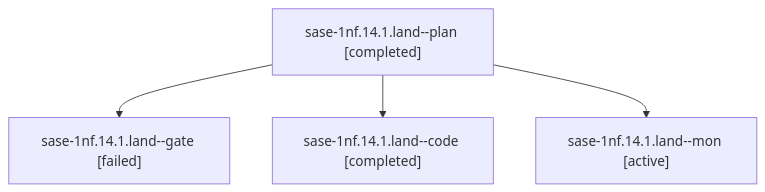
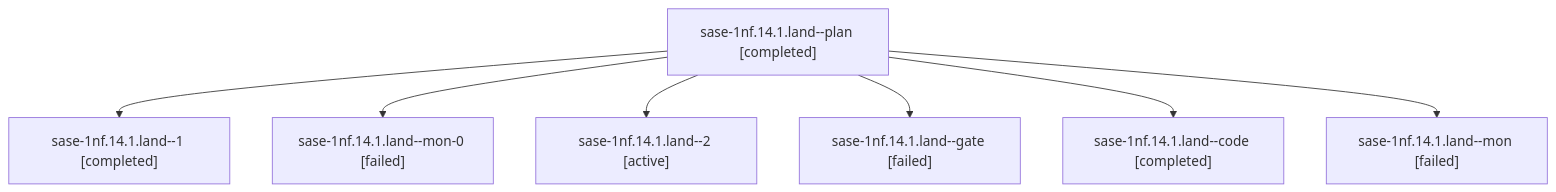
The diagram in sessions/bbugyi200.athena.sase-1nf.14.1.land.md (sase-org/sase--agents), drawn with Mermaid before and after one commit. The commit also changed other lines of this file and 170 other files, not shown here.

````diff
--- a/sessions/bbugyi200.athena.sase-1nf.14.1.land.md
+++ b/sessions/bbugyi200.athena.sase-1nf.14.1.land.md
@@ -9,10 +9,16 @@
 ```mermaid
 flowchart TD
   n0["sase-1nf.14.1.land--plan [completed]"]
-  n1["sase-1nf.14.1.land--gate [failed]"]
+  n1["sase-1nf.14.1.land--1 [completed]"]
   n0 --> n1
-  n2["sase-1nf.14.1.land--code [completed]"]
+  n2["sase-1nf.14.1.land--mon-0 [failed]"]
   n0 --> n2
-  n3["sase-1nf.14.1.land--mon [active]"]
+  n3["sase-1nf.14.1.land--2 [active]"]
   n0 --> n3
+  n4["sase-1nf.14.1.land--gate [failed]"]
+  n0 --> n4
+  n5["sase-1nf.14.1.land--code [completed]"]
+  n0 --> n5
+  n6["sase-1nf.14.1.land--mon [failed]"]
+  n0 --> n6
 ```
````
